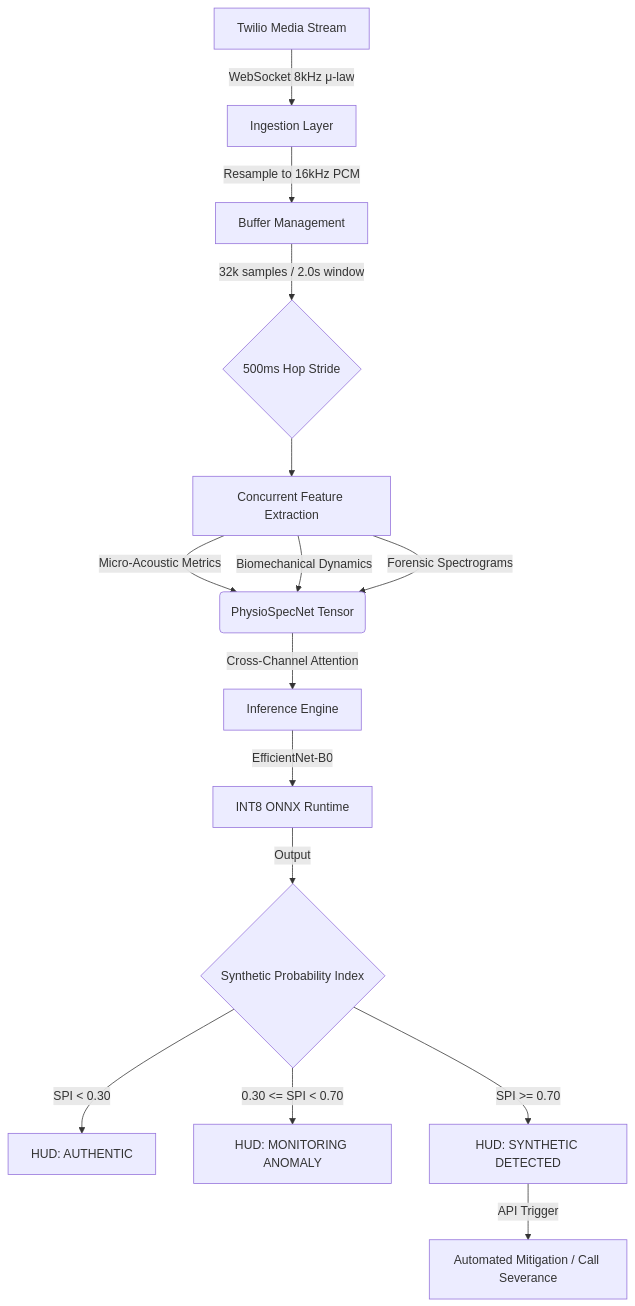
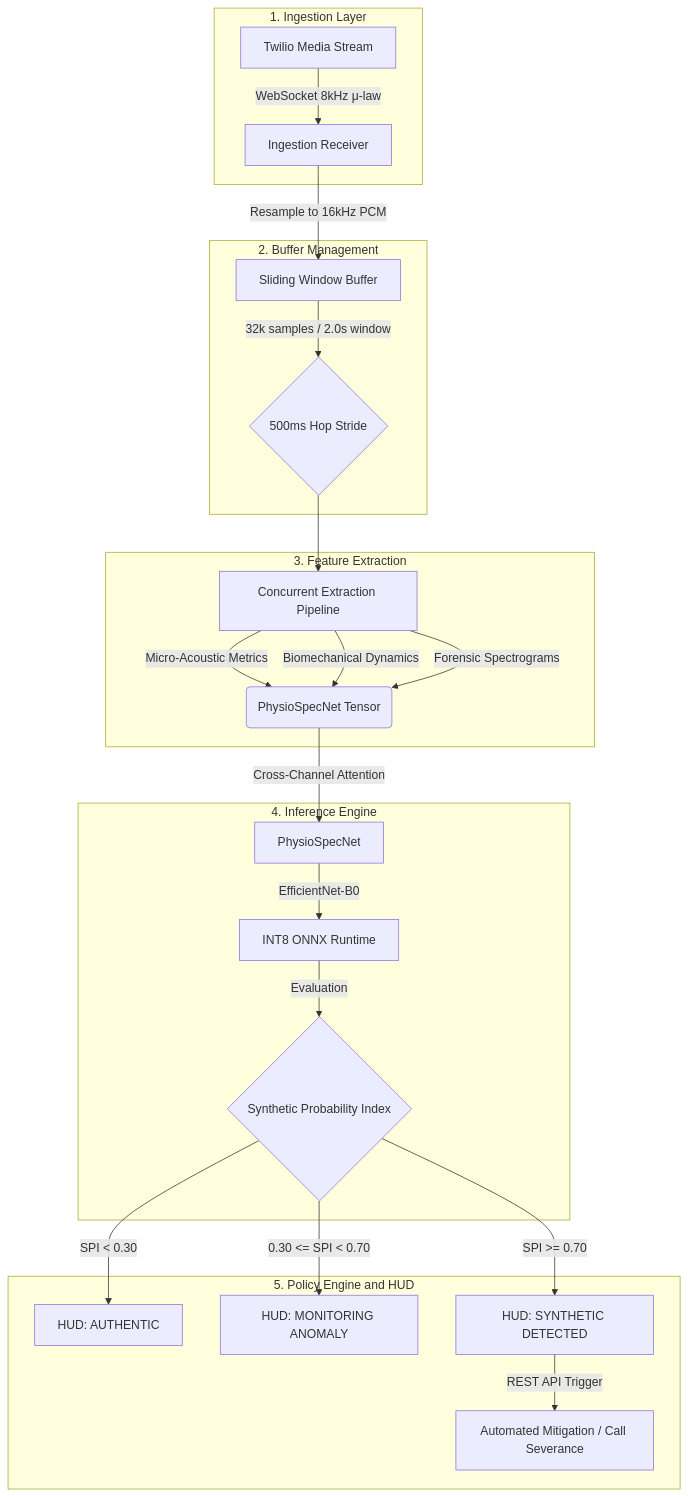
Before and after one commit to codebreaker77/SWIFT: the diagram in README.md, drawn with Mermaid.

Commit message:
Update Mermaid diagram to use subgraphs for explicit architectural layers

````diff
--- a/README.md
+++ b/README.md
@@ -17,26 +17,31 @@
 ```mermaid
 graph TD
-    %% 1. Ingestion
-    A[Twilio Media Stream] -->|WebSocket 8kHz μ-law| B[Ingestion Layer]
+    subgraph Layer1 [1. Ingestion Layer]
+        A[Twilio Media Stream] -->|WebSocket 8kHz μ-law| B[Ingestion Receiver]
+    end
     
-    %% 2. Buffer
-    B -->|Resample to 16kHz PCM| C[Buffer Management]
-    C -->|32k samples / 2.0s window| D{500ms Hop Stride}
+    subgraph Layer2 [2. Buffer Management]
+        B -->|Resample to 16kHz PCM| C[Sliding Window Buffer]
+        C -->|32k samples / 2.0s window| D{500ms Hop Stride}
+    end
     
-    %% 3. Extraction
-    D --> E[Concurrent Feature Extraction]
-    E -->|Micro-Acoustic Metrics| F(PhysioSpecNet Tensor)
-    E -->|Biomechanical Dynamics| F
-    E -->|Forensic Spectrograms| F
+    subgraph Layer3 [3. Feature Extraction]
+        D --> E[Concurrent Extraction Pipeline]
+        E -->|Micro-Acoustic Metrics| F(PhysioSpecNet Tensor)
+        E -->|Biomechanical Dynamics| F
+        E -->|Forensic Spectrograms| F
+    end
     
-    %% 4. Inference
-    F -->|Cross-Channel Attention| G[Inference Engine]
-    G -->|EfficientNet-B0| H[INT8 ONNX Runtime]
-    H -->|Output| I{Synthetic Probability Index}
+    subgraph Layer4 [4. Inference Engine]
+        F -->|Cross-Channel Attention| G[PhysioSpecNet]
+        G -->|EfficientNet-B0| H[INT8 ONNX Runtime]
+        H -->|Evaluation| I{Synthetic Probability Index}
+    end
     
-    %% 5 & 6. Policy & Telemetry
-    I -->|SPI < 0.30| J[HUD: AUTHENTIC]
-    I -->|0.30 <= SPI < 0.70| K[HUD: MONITORING ANOMALY]
-    I -->|SPI >= 0.70| L[HUD: SYNTHETIC DETECTED]
-    L -->|API Trigger| M[Automated Mitigation / Call Severance]
+    subgraph Layer5 [5. Policy Engine and HUD]
+        I -->|SPI < 0.30| J[HUD: AUTHENTIC]
+        I -->|0.30 <= SPI < 0.70| K[HUD: MONITORING ANOMALY]
+        I -->|SPI >= 0.70| L[HUD: SYNTHETIC DETECTED]
+        L -->|REST API Trigger| M[Automated Mitigation / Call Severance]
+    end
 ```
````
